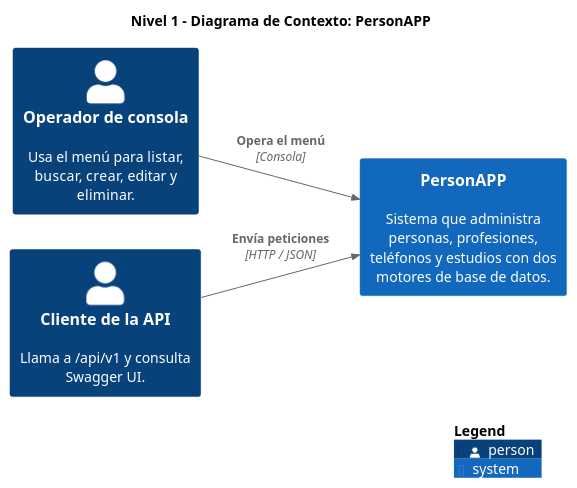
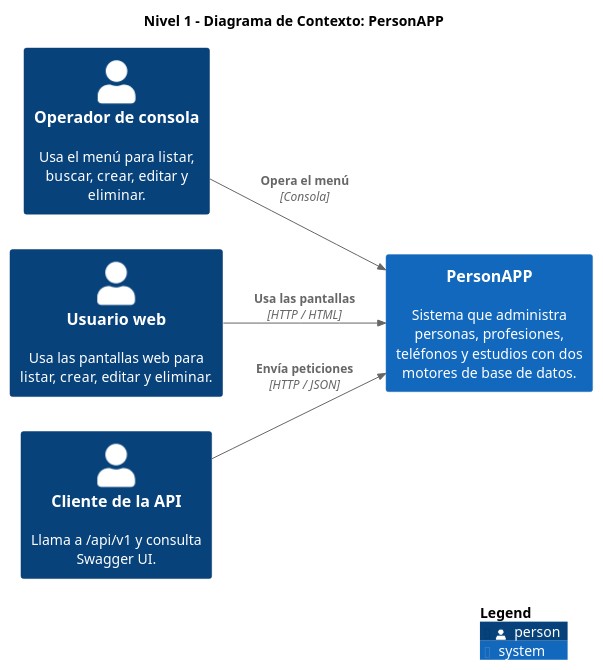
The diagram in docs/diagramas/02_contexto.puml (andres-karoll/personapp-hexa-spring-boot), drawn with PlantUML before and after one commit. The commit also changed 14 other files, not shown here.

First line of the commit message:
Actualiza diagramas C4 con las pantallas web

```diff
--- a/docs/diagramas/02_contexto.puml
+++ b/docs/diagramas/02_contexto.puml
@@ -1,16 +1,18 @@
 @startuml 02_contexto
 !include https://raw.githubusercontent.com/plantuml-stdlib/C4-PlantUML/v2.10.0/C4_Context.puml
 LAYOUT_LEFT_RIGHT()
 hide stereotype
 title Nivel 1 - Diagrama de Contexto: PersonAPP
 
 Person(operador, "Operador de consola", "Usa el menú para listar, buscar, crear, editar y eliminar.")
+Person(usuarioWeb, "Usuario web", "Usa las pantallas web para listar, crear, editar y eliminar.")
 Person(cliente, "Cliente de la API", "Llama a /api/v1 y consulta Swagger UI.")
 
 System(personapp, "PersonAPP", "Sistema que administra personas, profesiones, teléfonos y estudios con dos motores de base de datos.")
 
 Rel(operador, personapp, "Opera el menú", "Consola")
+Rel(usuarioWeb, personapp, "Usa las pantallas", "HTTP / HTML")
 Rel(cliente, personapp, "Envía peticiones", "HTTP / JSON")
 
 SHOW_LEGEND()
 @enduml
```
